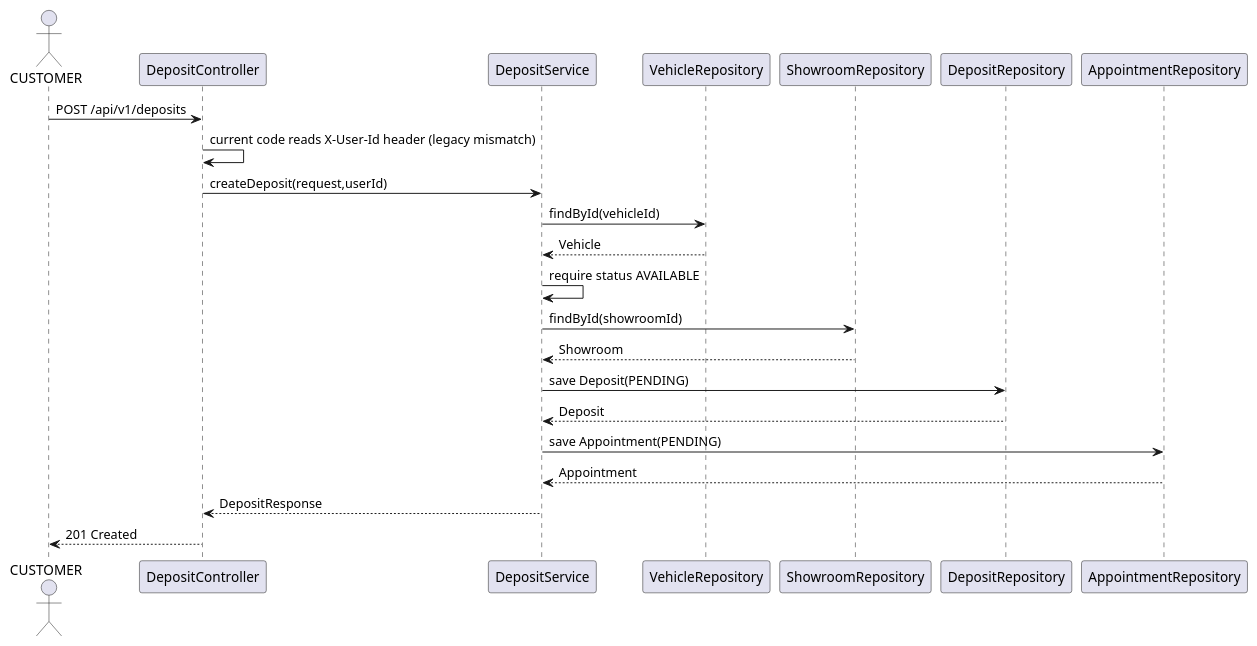
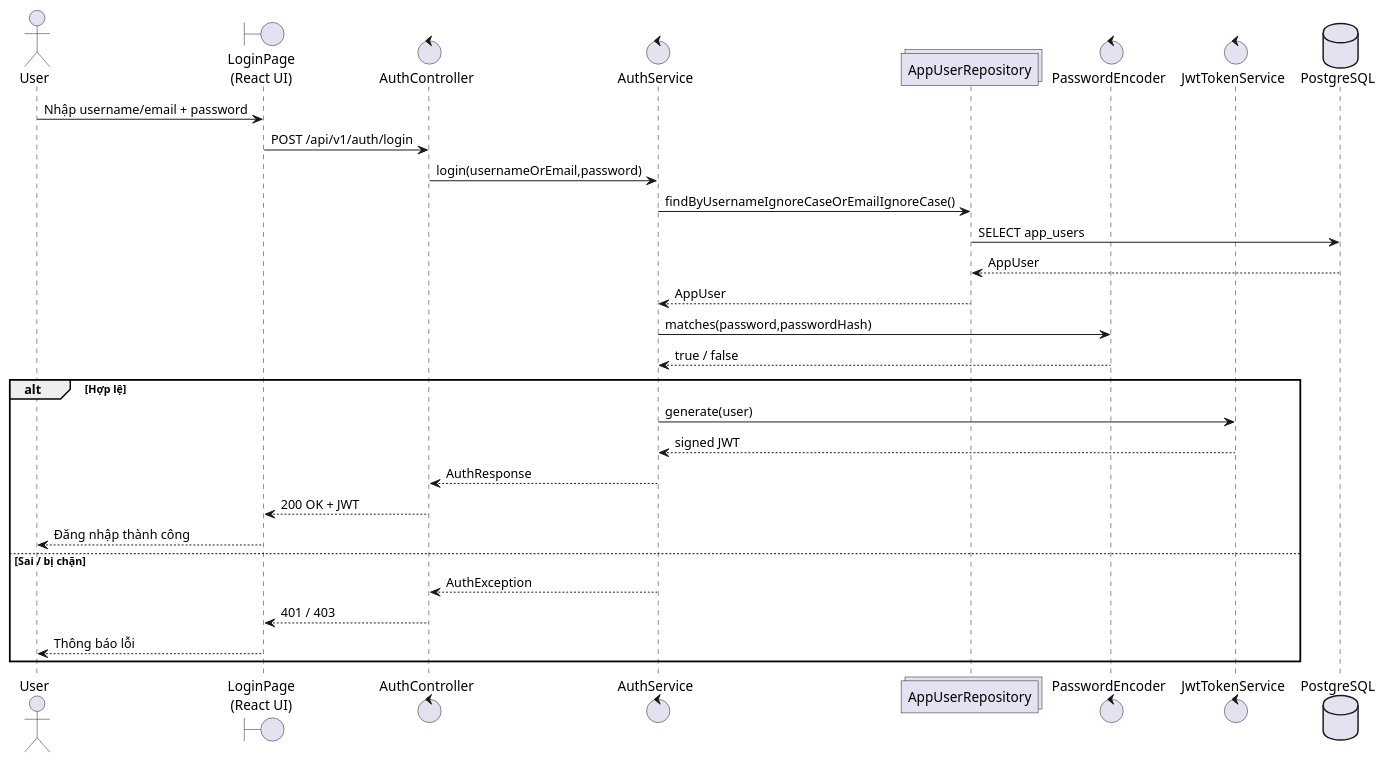
The third of 6 diagrams in docs/UML/Sequence_Diagrams.md (Trung-Khang/AutoTrade), drawn with PlantUML before and after one commit. The commit also changed other lines of this file and 36 other files, not shown here.

Commit message:
docs(tv5): add UML diagrams and update progress report 1/10/2026

````diff
--- a/docs/UML/Sequence_Diagrams.md
+++ b/docs/UML/Sequence_Diagrams.md
@@ -129,26 +107,33 @@
 ```plantuml
 @startuml
-actor CUSTOMER
-participant "DepositController" as C
-participant "DepositService" as S
-participant "VehicleRepository" as VR
-participant "ShowroomRepository" as SR
-participant "DepositRepository" as DR
-participant "AppointmentRepository" as AR
+actor "User" as A
+boundary "LoginPage\n(React UI)" as UI
+control "AuthController" as C
+control "AuthService" as S
+collections "AppUserRepository" as R
+control "PasswordEncoder" as PE
+control "JwtTokenService" as J
+database "PostgreSQL" as DB
 
-CUSTOMER -> C: POST /api/v1/deposits
-C -> C: current code reads X-User-Id header (legacy mismatch)
-C -> S: createDeposit(request,userId)
-S -> VR: findById(vehicleId)
-VR --> S: Vehicle
-S -> S: require status AVAILABLE
-S -> SR: findById(showroomId)
-SR --> S: Showroom
-S -> DR: save Deposit(PENDING)
-DR --> S: Deposit
-S -> AR: save Appointment(PENDING)
-AR --> S: Appointment
-S --> C: DepositResponse
-C --> CUSTOMER: 201 Created
+A -> UI : Nhập username/email + password
+UI -> C : POST /api/v1/auth/login
+C -> S : login(usernameOrEmail,password)
+S -> R : findByUsernameIgnoreCaseOrEmailIgnoreCase()
+R -> DB : SELECT app_users
+DB --> R : AppUser
+R --> S : AppUser
+S -> PE : matches(password,passwordHash)
+PE --> S : true / false
+alt Hợp lệ
+  S -> J : generate(user)
+  J --> S : signed JWT
+  S --> C : AuthResponse
+  C --> UI : 200 OK + JWT
+  UI --> A : Đăng nhập thành công
+else Sai / bị chặn
+  S --> C : AuthException
+  C --> UI : 401 / 403
+  UI --> A : Thông báo lỗi
+end
 @enduml
 ```
````
